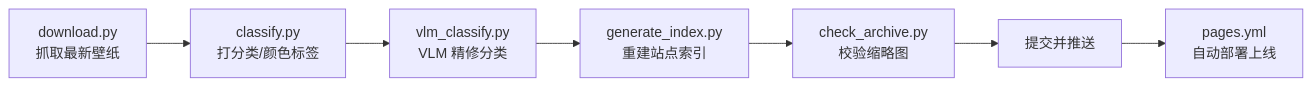
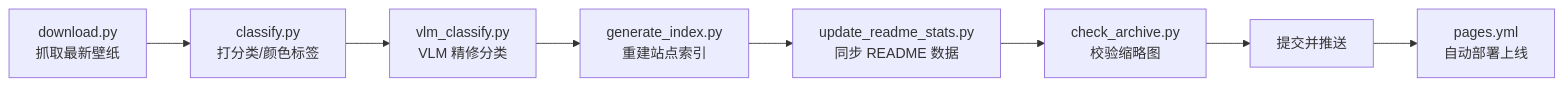
One commit to ygnstudio/bing_wallpaper_archive changed the diagram in README.md. Above: the diagram before and after it, drawn with Mermaid. The commit also changed other lines of this file and 6 other files, not shown here.

````diff
--- a/README.md
+++ b/README.md
@@ -48,9 +60,10 @@
 ```mermaid
 flowchart LR
     A[download.py<br>抓取最新壁纸] --> B[classify.py<br>打分类/颜色标签]
     B --> B2[vlm_classify.py<br>VLM 精修分类]
     B2 --> C[generate_index.py<br>重建站点索引]
-    C --> D[check_archive.py<br>校验缩略图]
-    D --> E[提交并推送]
-    E --> F[pages.yml<br>自动部署上线]
+    C --> D[update_readme_stats.py<br>同步 README 数据]
+    D --> E[check_archive.py<br>校验缩略图]
+    E --> F[提交并推送]
+    F --> G[pages.yml<br>自动部署上线]
 ```
````
